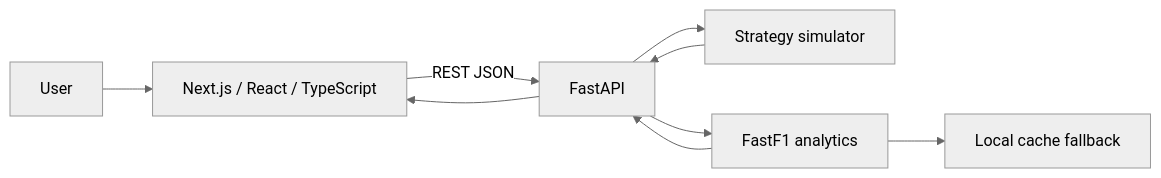
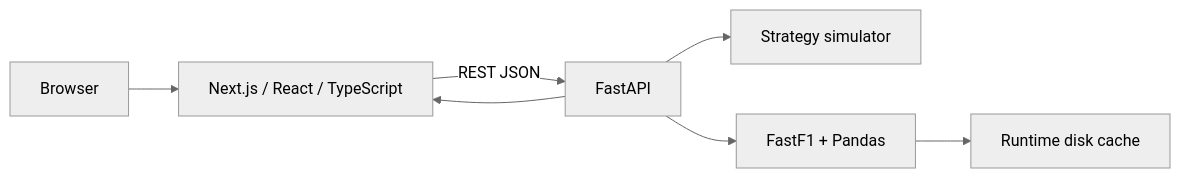
Before and after one commit to Adel-Mtr/overtakr: the diagram in README.md, drawn with Mermaid (neutral theme). The commit also changed other lines of this file and 4 other files, not shown here.

````diff
--- a/README.md
+++ b/README.md
@@ -44,11 +148,9 @@
 ```mermaid
 flowchart LR
-    U[User] --> N[Next.js / React / TypeScript]
+    B[Browser] --> N[Next.js / React / TypeScript]
     N -->|REST JSON| A[FastAPI]
     A --> S[Strategy simulator]
-    A --> F[FastF1 analytics]
-    F --> C[Local cache fallback]
-    S --> A
-    F --> A
+    A --> F[FastF1 + Pandas]
+    F --> C[Runtime disk cache]
     A --> N
 ```
````
